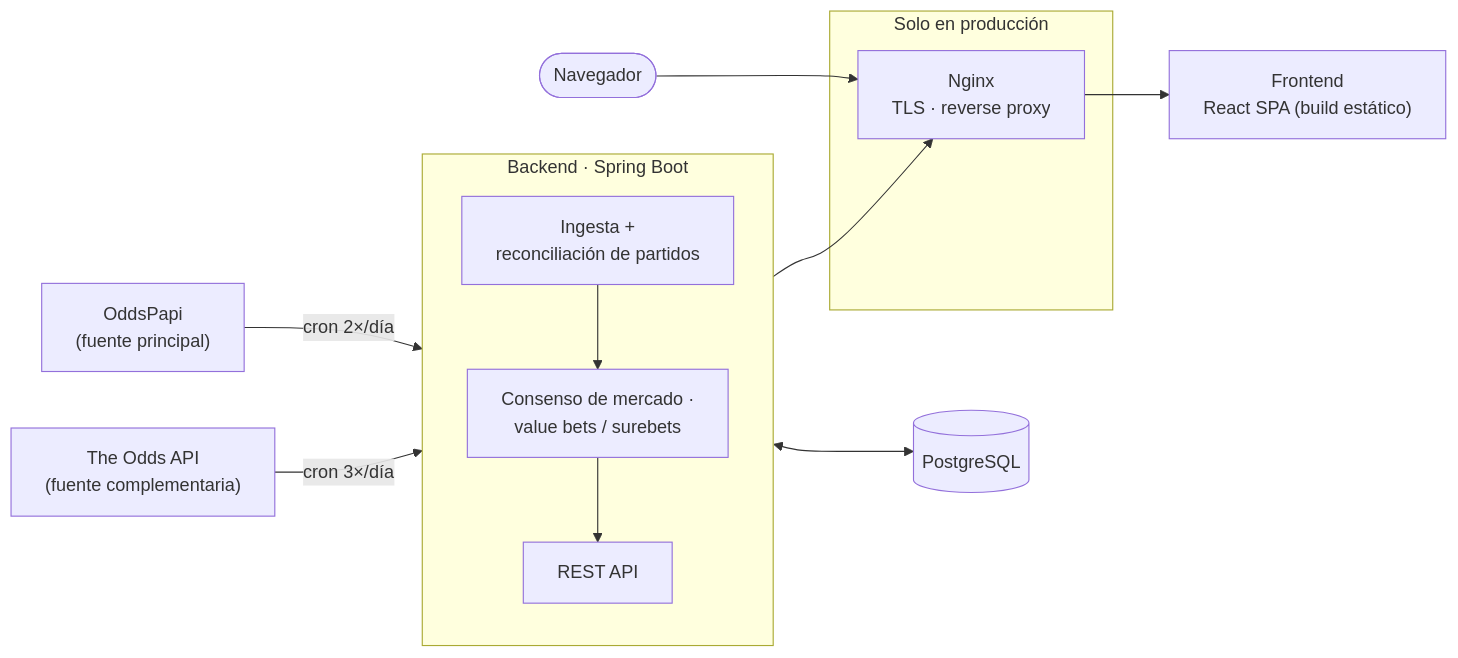
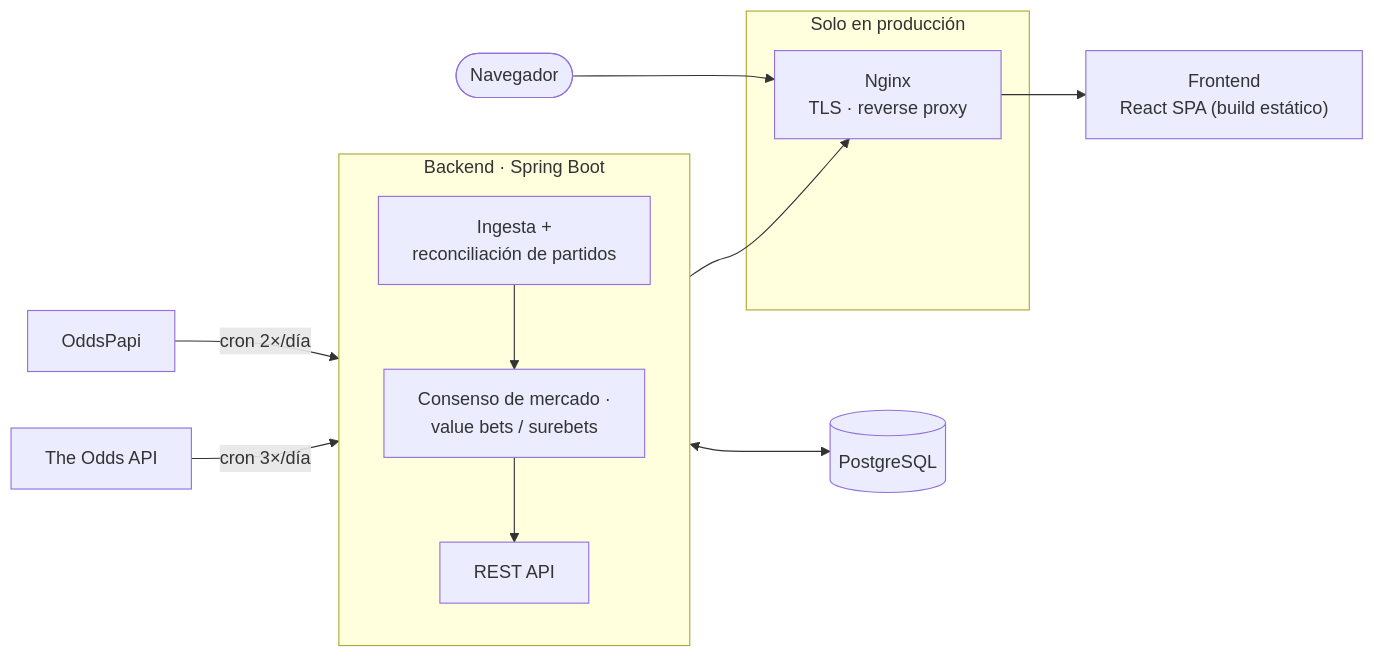
One commit to jdmoralesvelandia/Betedge changed the diagram in README.md. Above: the diagram before and after it, drawn with Mermaid. The commit also changed other lines of this file, not shown here.

First paragraph of the commit message:
docs: corrige README - sin "tiempo real" ni jerarquía sin base en el código entre proveedores
Dos imprecisiones detectadas en revisión post-push del README (commit 1c1be7a):

````diff
--- a/README.md
+++ b/README.md
@@ -35,24 +35,24 @@
 ```mermaid
 flowchart LR
-    OP["OddsPapi<br/>(fuente principal)"] -->|cron 2×/día| ING
-    TA["The Odds API<br/>(fuente complementaria)"] -->|cron 3×/día| ING
+    OP["OddsPapi"] -->|cron 2×/día| ING
+    TA["The Odds API"] -->|cron 3×/día| ING
 
     subgraph BE["Backend · Spring Boot"]
         direction TB
         ING["Ingesta +<br/>reconciliación de partidos"]
         CALC["Consenso de mercado ·<br/>value bets / surebets"]
         API["REST API"]
         ING --> CALC --> API
     end
 
     BE <--> PG[("PostgreSQL")]
 
     API --> NGINX
 
     subgraph PROD["Solo en producción"]
         NGINX["Nginx<br/>TLS · reverse proxy"]
     end
 
     NGINX --> FE["Frontend<br/>React SPA (build estático)"]
     USER(["Navegador"]) --> NGINX
 ```
````
